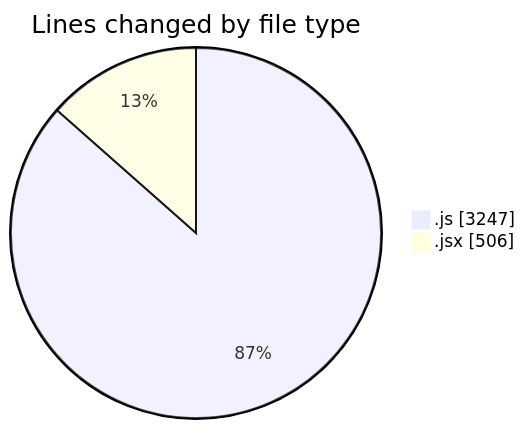
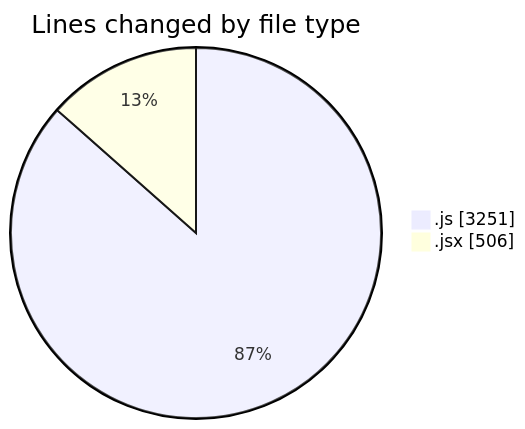
One commit to nxtqubesakshisongat/code-tracking changed the first of 2 diagrams in 2025-07-27/nxtqube_webapp/README.md. Above: the diagram before and after it, drawn with Mermaid. The commit also changed other lines of this file and 1 other file, not shown here.

````diff
--- a/2025-07-27/nxtqube_webapp/README.md
+++ b/2025-07-27/nxtqube_webapp/README.md
@@ -28,6 +28,6 @@
 ```mermaid
 pie showData
 title Lines changed by file type
-".js" : 3247
+".js" : 3251
 ".jsx" : 506
 ```
````
